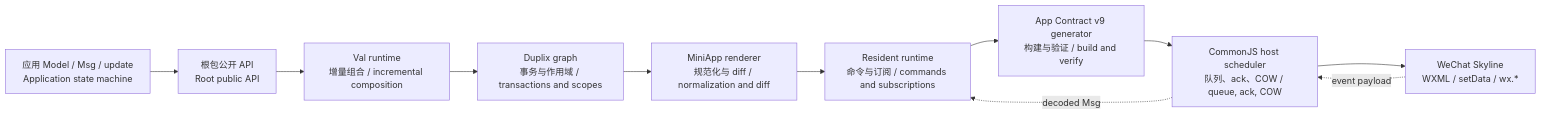
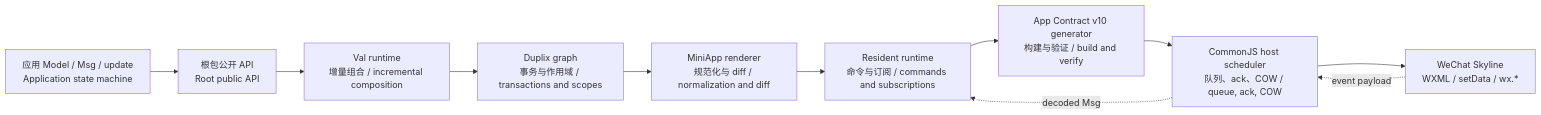
One commit to lucavance/minimoon changed the diagram in docs/code-analysis/assets/diagrams/source/README-1.mmd. Above: the diagram before and after it, drawn with Mermaid. The commit also changed 209 other files, not shown here.

```diff
--- a/docs/code-analysis/assets/diagrams/source/README-1.mmd
+++ b/docs/code-analysis/assets/diagrams/source/README-1.mmd
@@ -1,21 +1,21 @@
 flowchart LR
     App[应用 Model / Msg / update<br/>Application state machine]
     Public[根包公开 API<br/>Root public API]
     Val[Val runtime<br/>增量组合 / incremental composition]
     Graph[Duplix graph<br/>事务与作用域 / transactions and scopes]
     Renderer[MiniApp renderer<br/>规范化与 diff / normalization and diff]
     Runtime[Resident runtime<br/>命令与订阅 / commands and subscriptions]
-    Generator[App Contract v9 generator<br/>构建与验证 / build and verify]
+    Generator[App Contract v10 generator<br/>构建与验证 / build and verify]
     Host[CommonJS host scheduler<br/>队列、ack、COW / queue, ack, COW]
     Skyline[WeChat Skyline<br/>WXML / setData / wx.*]
 
     App --> Public
     Public --> Val
     Val --> Graph
     Graph --> Renderer
     Renderer --> Runtime
     Runtime --> Generator
     Generator --> Host
     Host --> Skyline
     Skyline -. event payload .-> Host
     Host -. decoded Msg .-> Runtime
```
